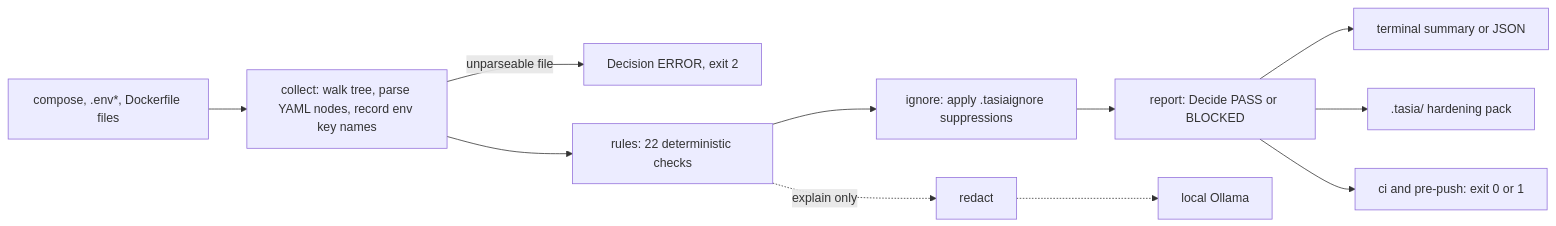
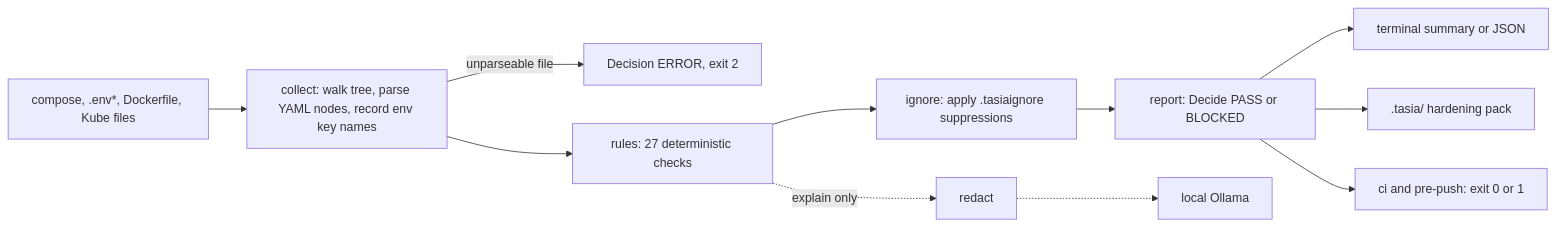
Before and after one commit to joeyvictorino/tasia: the diagram in README.md, drawn with Mermaid. The commit also changed other lines of this file and 8 other files, not shown here.

````diff
--- a/README.md
+++ b/README.md
@@ -153,12 +157,12 @@
 ```mermaid
 flowchart LR
-  F["compose, .env*, Dockerfile files"] --> C["collect: walk tree, parse YAML nodes, record env key names"]
+  F["compose, .env*, Dockerfile, Kube files"] --> C["collect: walk tree, parse YAML nodes, record env key names"]
   C -- "unparseable file" --> X["Decision ERROR, exit 2"]
-  C --> R["rules: 22 deterministic checks"]
+  C --> R["rules: 27 deterministic checks"]
   R --> I["ignore: apply .tasiaignore suppressions"]
   I --> D["report: Decide PASS or BLOCKED"]
   D --> T["terminal summary or JSON"]
   D --> P[".tasia/ hardening pack"]
   D --> G["ci and pre-push: exit 0 or 1"]
   R -. "explain only" .-> RD["redact"] -.-> O["local Ollama"]
 ```
````
